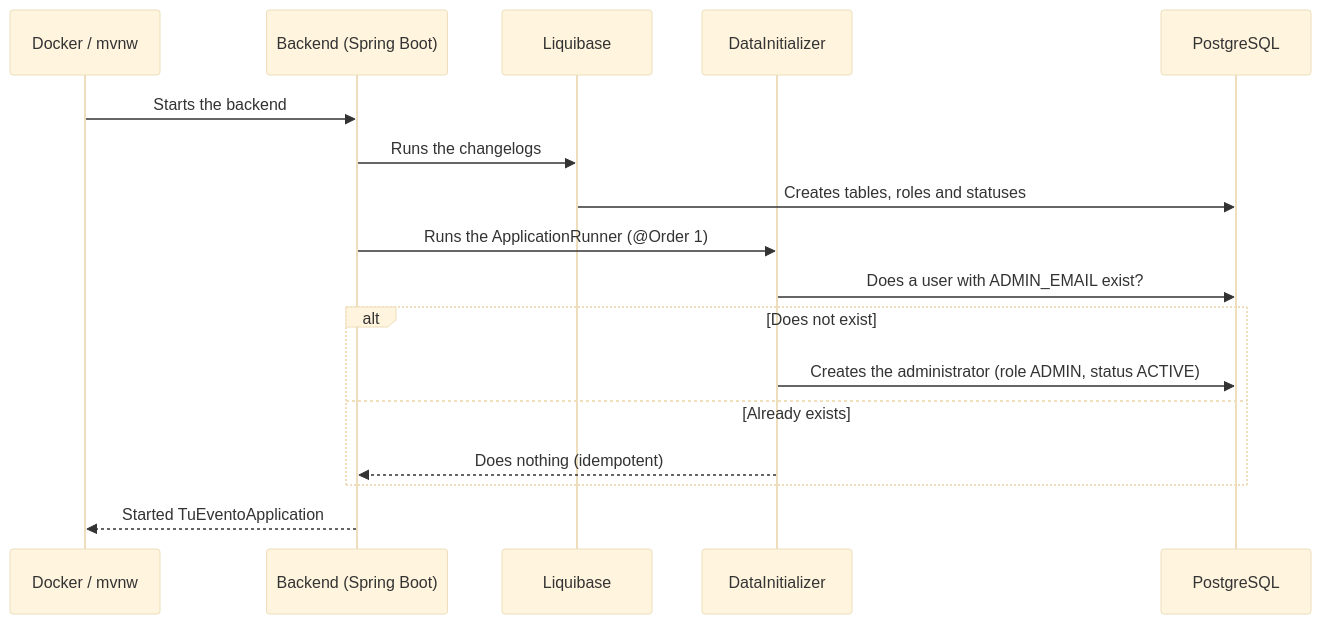
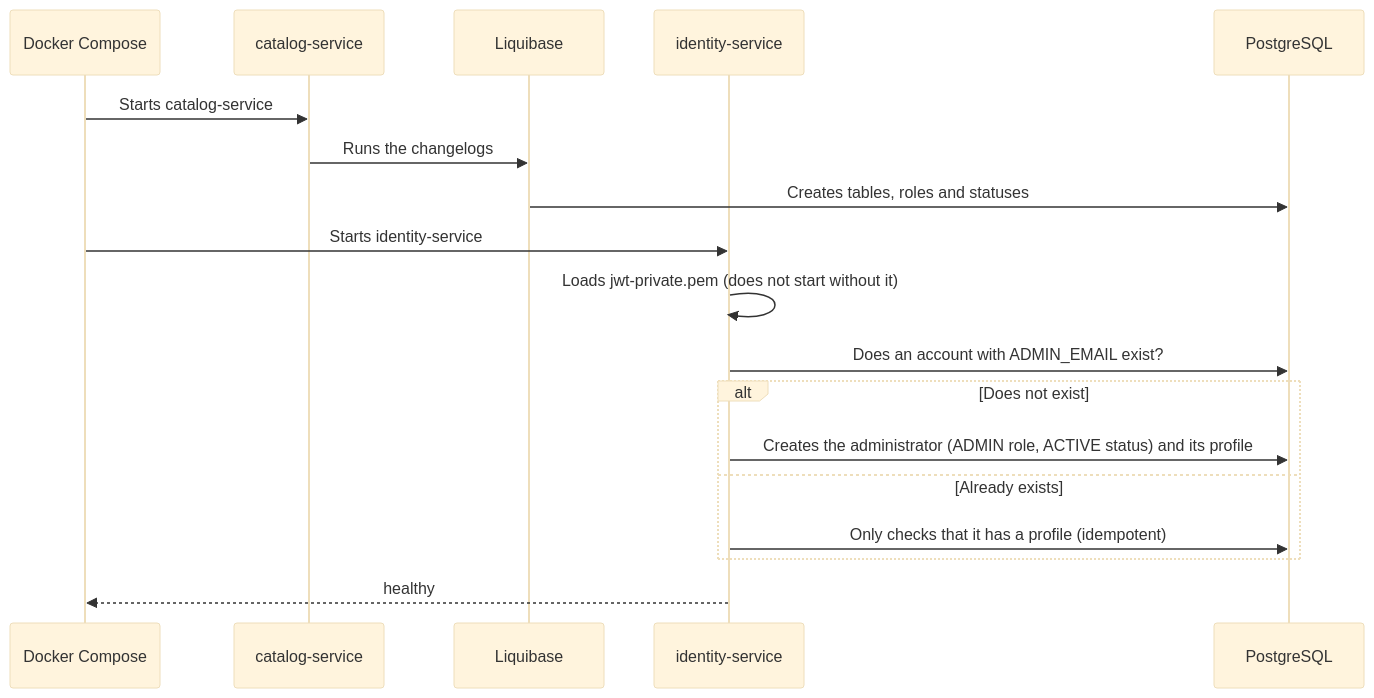
Before and after one commit to TheJhampierBoy/TuEvento-Docs: the sixth of 6 diagrams in en/11_Manual_Instalacion.md, drawn with Mermaid (base theme). The commit also changed other lines of this file and 1 other file, not shown here.

````diff
--- a/en/11_Manual_Instalacion.md
+++ b/en/11_Manual_Instalacion.md
@@ -581,19 +728,20 @@
 ```mermaid
 sequenceDiagram
-    participant D as Docker / mvnw
-    participant B as Backend (Spring Boot)
+    participant D as Docker Compose
+    participant C as catalog-service
     participant L as Liquibase
-    participant I as DataInitializer
+    participant I as identity-service
     participant DB as PostgreSQL
-    D->>B: Starts the backend
-    B->>L: Runs the changelogs
+    D->>C: Starts catalog-service
+    C->>L: Runs the changelogs
     L->>DB: Creates tables, roles and statuses
-    B->>I: Runs the ApplicationRunner (@Order 1)
-    I->>DB: Does a user with ADMIN_EMAIL exist?
+    D->>I: Starts identity-service
+    I->>I: Loads jwt-private.pem (does not start without it)
+    I->>DB: Does an account with ADMIN_EMAIL exist?
     alt Does not exist
-        I->>DB: Creates the administrator (role ADMIN, status ACTIVE)
+        I->>DB: Creates the administrator (ADMIN role, ACTIVE status) and its profile
     else Already exists
-        I-->>B: Does nothing (idempotent)
+        I->>DB: Only checks that it has a profile (idempotent)
     end
-    B-->>D: Started TuEventoApplication
+    I-->>D: healthy
 ```
````
